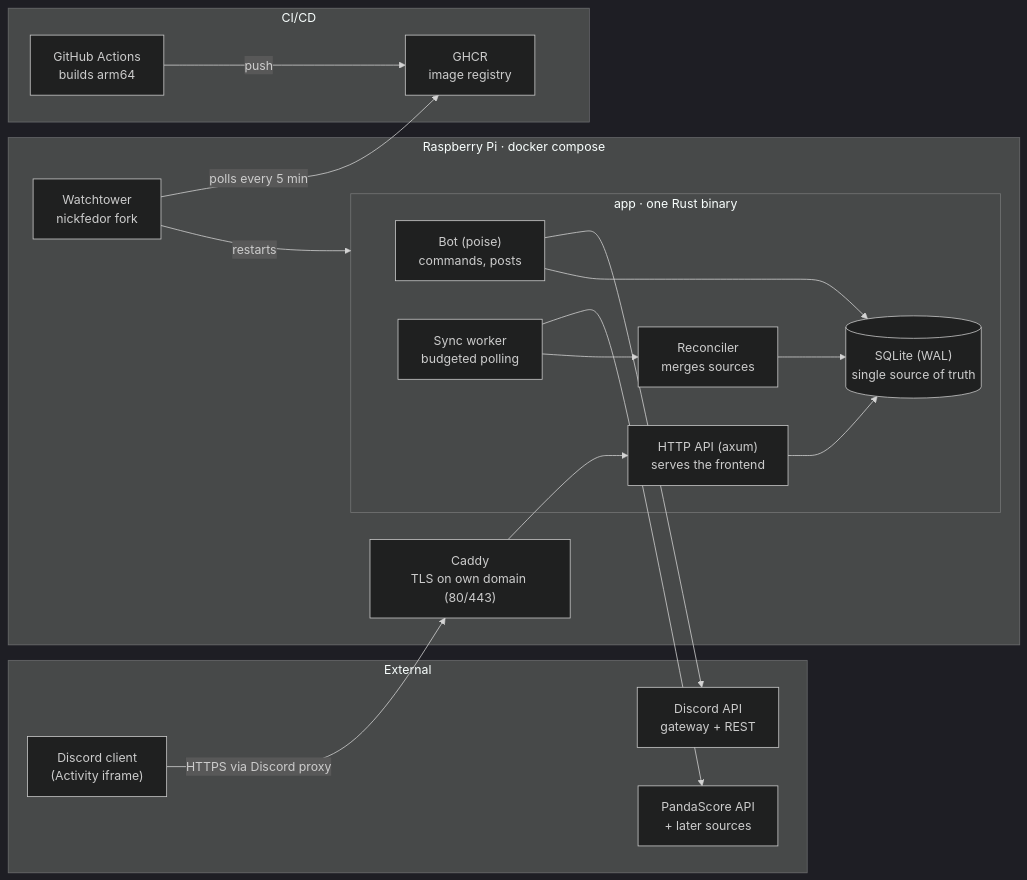
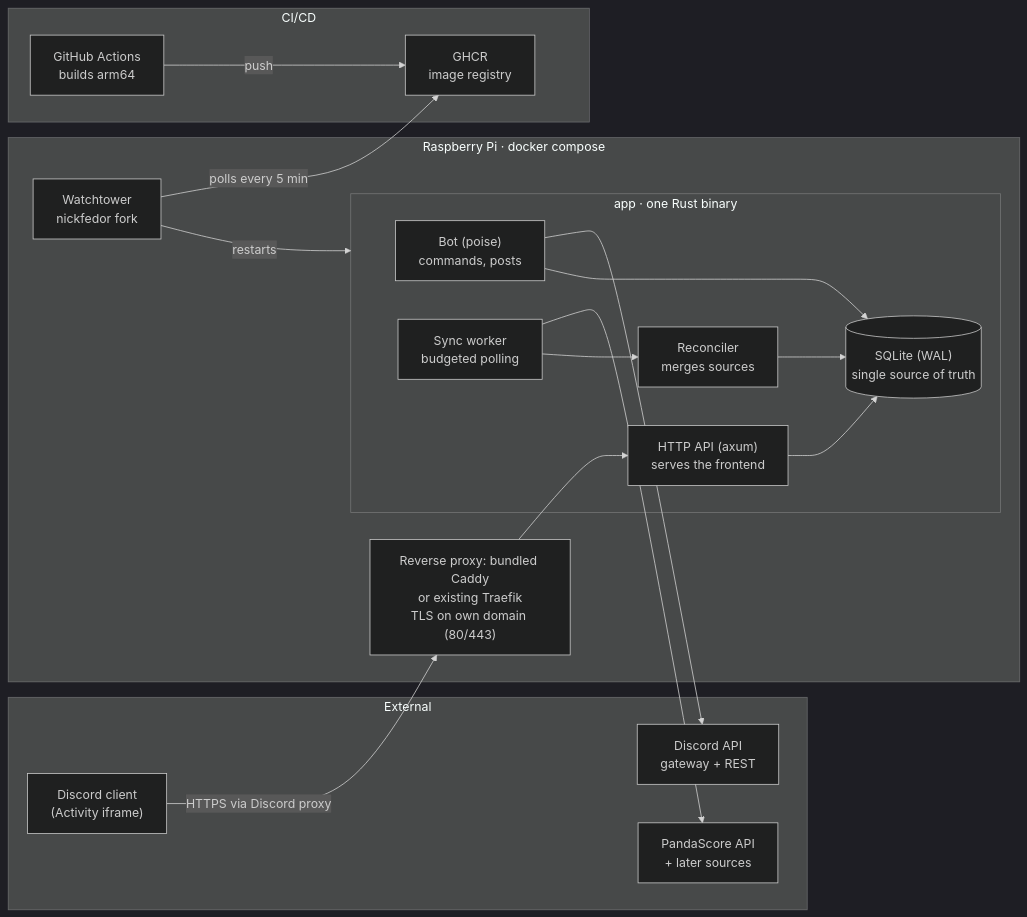
One commit to BennetKrz/cs-pickems-discord-bot changed the diagram in docs/architecture.md. Above: the diagram before and after it, drawn with Mermaid (dark theme). The commit also changed other lines of this file and 27 other files, not shown here.

First line of the commit message:
T16: container image, compose stack, optional Caddy or existing Traefik

````diff
--- a/docs/architecture.md
+++ b/docs/architecture.md
@@ -9,37 +9,37 @@
 ```mermaid
 flowchart LR
     subgraph ext[External]
         client["Discord client<br/>(Activity iframe)"]
         dapi["Discord API<br/>gateway + REST"]
         ps["PandaScore API<br/>+ later sources"]
     end
 
     subgraph pi["Raspberry Pi · docker compose"]
-        caddy["Caddy<br/>TLS on own domain (80/443)"]
+        proxy["Reverse proxy: bundled Caddy<br/>or existing Traefik<br/>TLS on own domain (80/443)"]
         subgraph app["app · one Rust binary"]
             bot["Bot (poise)<br/>commands, posts"]
             api["HTTP API (axum)<br/>serves the frontend"]
             sync["Sync worker<br/>budgeted polling"]
             rec["Reconciler<br/>merges sources"]
             db[("SQLite (WAL)<br/>single source of truth")]
         end
         wt["Watchtower<br/>nickfedor fork"]
     end
 
     subgraph ci[CI/CD]
         gha["GitHub Actions<br/>builds arm64"]
         ghcr["GHCR<br/>image registry"]
     end
 
-    client -- "HTTPS via Discord proxy" --> caddy
-    caddy --> api
+    client -- "HTTPS via Discord proxy" --> proxy
+    proxy --> api
     bot --> dapi
     sync --> ps
     sync --> rec
     rec --> db
     api --> db
     bot --> db
     gha -- push --> ghcr
     wt -- "polls every 5 min" --> ghcr
     wt -- restarts --> app
 ```
````
